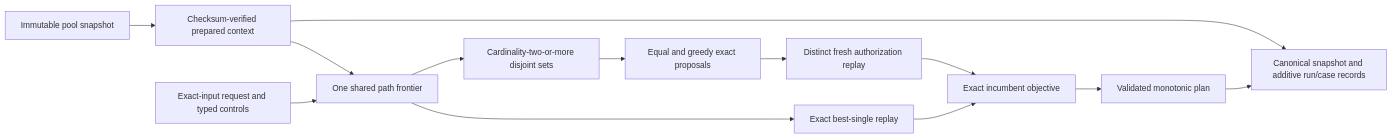
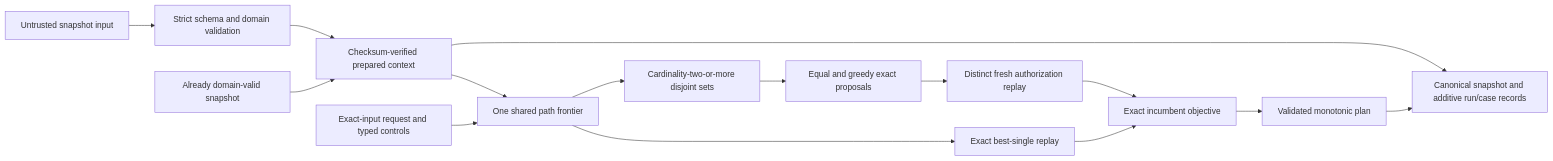
One commit to julienharbulot/routelab changed the diagram in README.md. Above: the diagram before and after it, drawn with Mermaid. The commit also changed other lines of this file and 5 other files, not shown here.

Commit message:
RLT-060 Enforce raw snapshot validation

````diff
--- a/README.md
+++ b/README.md
@@ -34,15 +34,17 @@
 ```mermaid
 flowchart LR
-    A[Immutable pool snapshot] --> P[Checksum-verified prepared context]
+    R[Untrusted snapshot input] --> V[Strict schema and domain validation]
+    V --> P[Checksum-verified prepared context]
+    A[Already domain-valid snapshot] --> P
     B[Exact-input request and typed controls] --> C[One shared path frontier]
     P --> C
     C --> D[Exact best-single replay]
     C --> J[Cardinality-two-or-more disjoint sets]
     J --> K[Equal and greedy exact proposals]
     D --> F[Exact incumbent objective]
     K --> E[Distinct fresh authorization replay]
     E --> F
     F --> G[Validated monotonic plan]
     P --> I[Canonical snapshot and additive run/case records]
     G --> I
 ```
````
